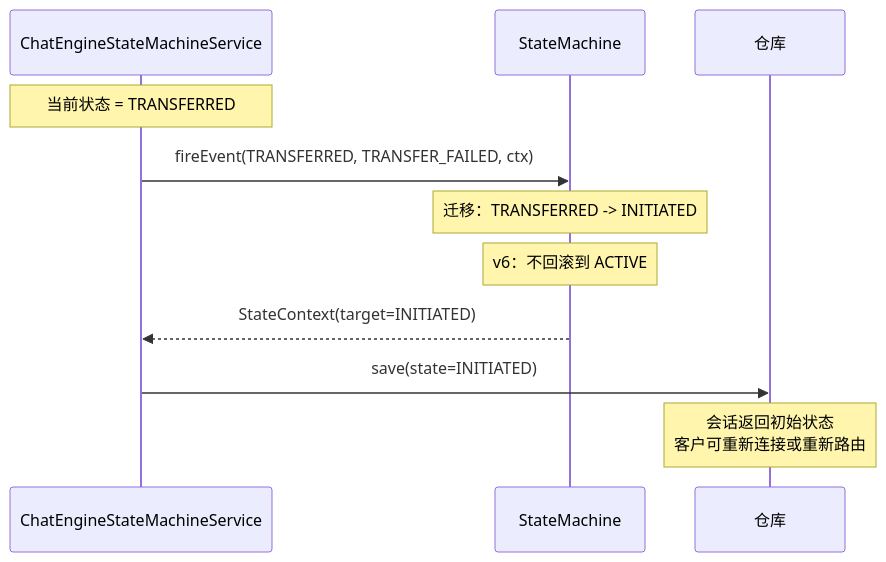
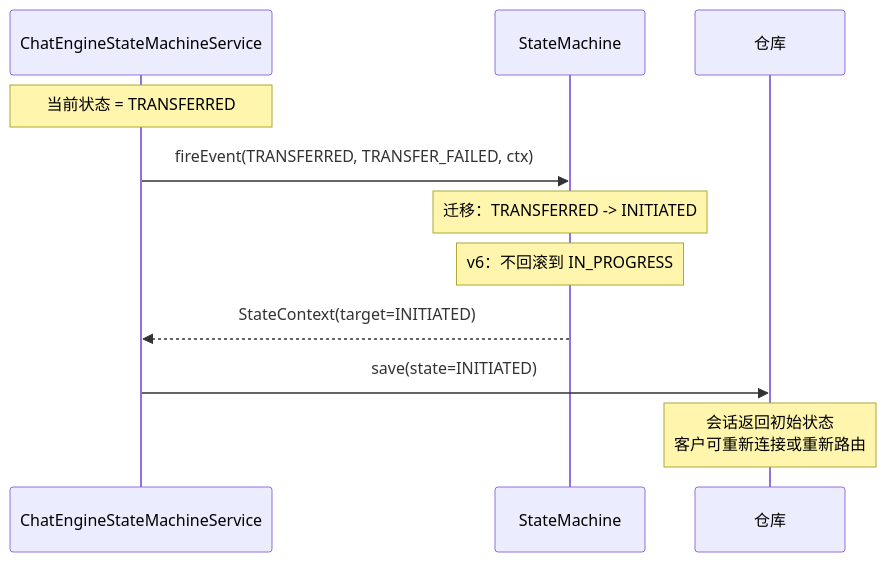
One commit to huangzhiqiu/ai-knowledge-design changed the fifth of 5 diagrams in 08-Code/state-machine/docs/zh/02-CBOL-Business-Layer-Design.md. Above: the diagram before and after it, drawn with Mermaid. The commit also changed other lines of this file and 23 other files, not shown here.

````diff
--- a/08-Code/state-machine/docs/zh/02-CBOL-Business-Layer-Design.md
+++ b/08-Code/state-machine/docs/zh/02-CBOL-Business-Layer-Design.md
@@ -495,14 +495,14 @@
 ```mermaid
 sequenceDiagram
     participant Svc as ChatEngineStateMachineService
     participant SM as StateMachine
     participant Repo as 仓库
 
     Note over Svc: 当前状态 = TRANSFERRED
     Svc->>SM: fireEvent(TRANSFERRED, TRANSFER_FAILED, ctx)
     Note over SM: 迁移：TRANSFERRED -> INITIATED
-    Note over SM: v6：不回滚到 ACTIVE
+    Note over SM: v6：不回滚到 IN_PROGRESS
     SM-->>Svc: StateContext(target=INITIATED)
     Svc->>Repo: save(state=INITIATED)
     Note over Repo: 会话返回初始状态<br/>客户可重新连接或重新路由
 ```
````
